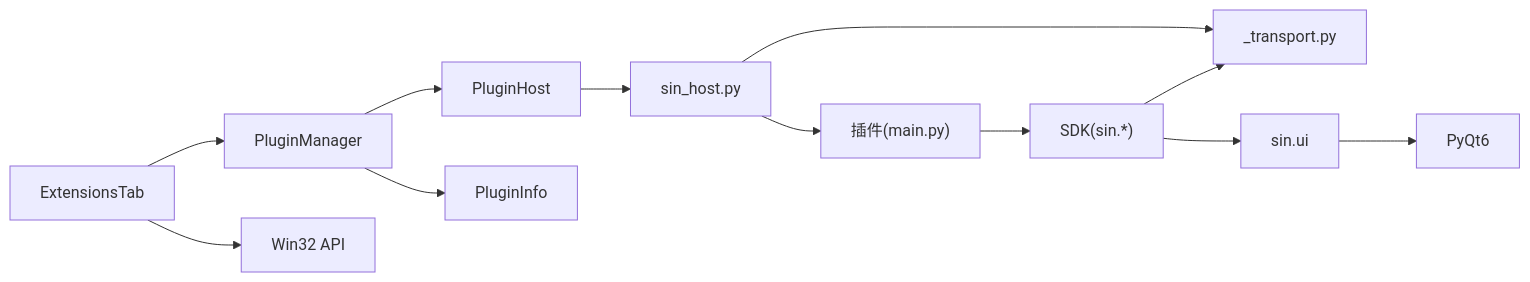
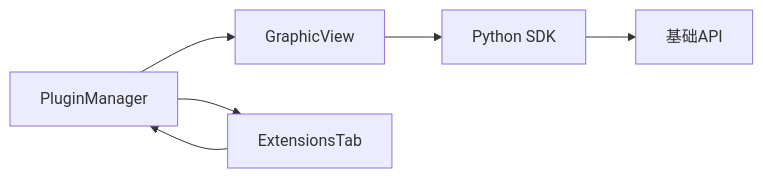
Before and after one commit to jakecai1225-design/OpenBus: the third of 3 diagrams in .qoder/repowiki/zh/content/架构设计/插件系统架构/插件系统架构.md, drawn with Mermaid. The commit also changed other lines of this file and 78 other files, not shown here.

````diff
--- a/.qoder/repowiki/zh/content/架构设计/插件系统架构/插件系统架构.md
+++ b/.qoder/repowiki/zh/content/架构设计/插件系统架构/插件系统架构.md
@@ -379,14 +184,8 @@
 ```mermaid
 graph LR
-PM["PluginManager"] --> PH["PluginHost"]
-PM --> PI["PluginInfo"]
-ET["ExtensionsTab"] --> PM
-ET --> WINAPI["Win32 API"]
-PH --> SH["sin_host.py"]
-SH --> TR["_transport.py"]
-SH --> PLG["插件(main.py)"]
-PLG --> SDK["SDK(sin.*)"]
-SDK --> TR
-SDK --> UI["sin.ui"]
-UI --> PYQT["PyQt6"]
+PM["PluginManager"] --> GV["GraphicView"]
+PM --> ET["ExtensionsTab"]
+GV --> SDK["Python SDK"]
+ET --> PM
+SDK --> BasicAPI["基础API"]
 ```
````
